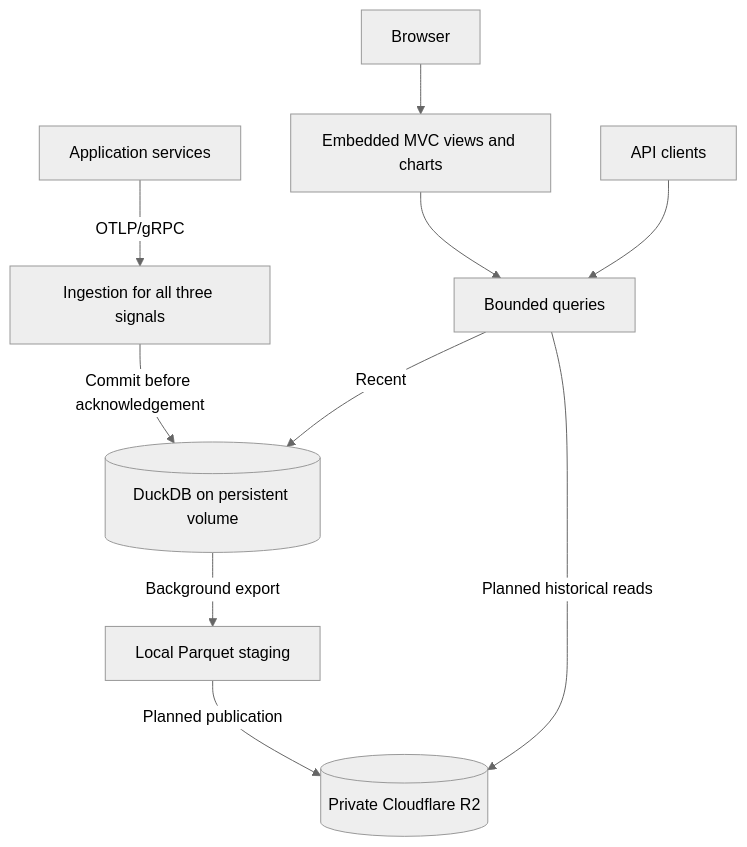
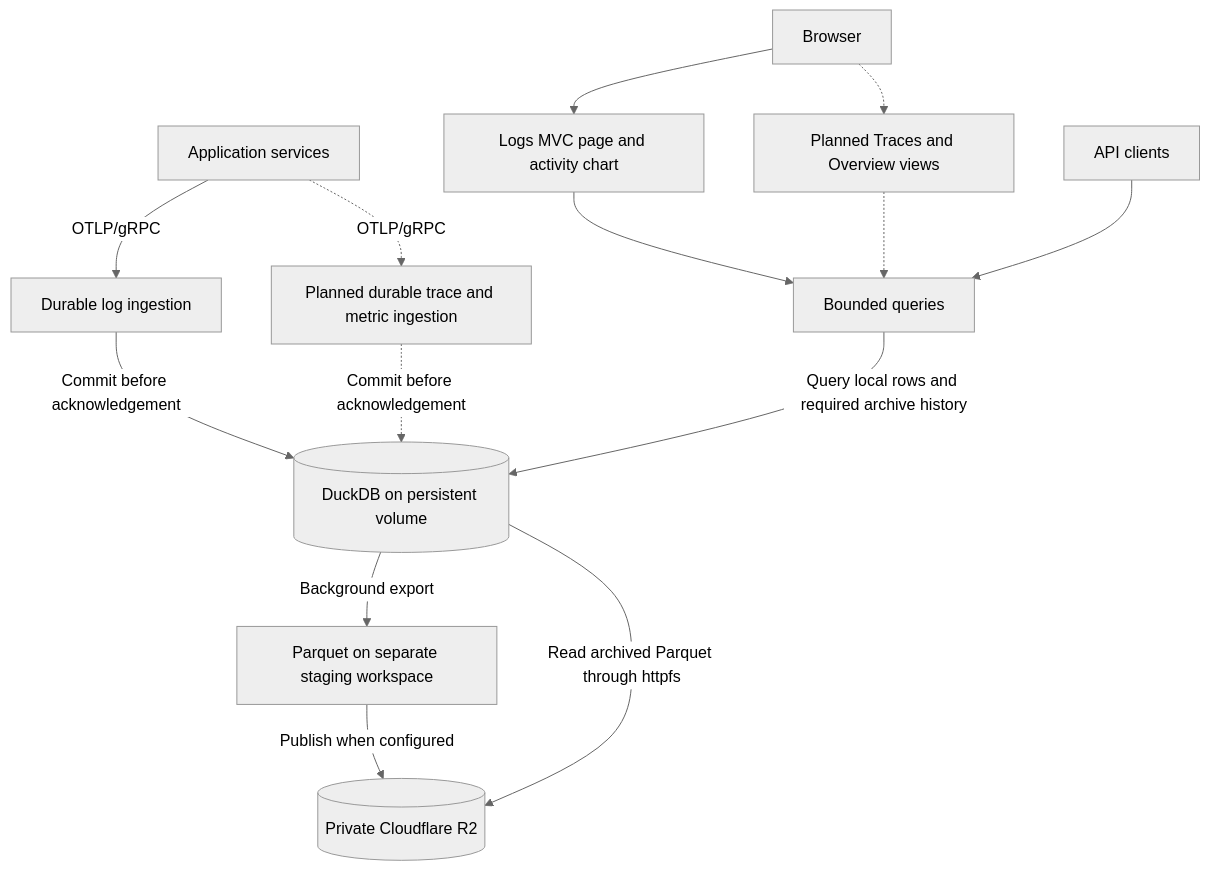
Before and after one commit to alexfalkowski/einblick: the diagram in docs/requirements.md, drawn with Mermaid (neutral theme). The commit also changed other lines of this file and 16 other files, not shown here.

First line of the commit message:
feat(logs): display timestamps in browser time zones (#72)

````diff
--- a/docs/requirements.md
+++ b/docs/requirements.md
@@ -185,14 +186,18 @@
 ```mermaid
 flowchart TD
     accTitle: First-version target architecture
-    accDescr: All three signals commit to local DuckDB. Background export publishes Parquet to R2, and browser and API queries use local or archived data.
-    C[Application services] -->|OTLP/gRPC| I[Ingestion for all three signals]
+    accDescr: Logs already follow the durable DuckDB and R2 path. The target extends that path to metrics and traces and adds built-in browser views for them.
+    C[Application services] -->|OTLP/gRPC| I[Durable log ingestion]
+    C -. OTLP/gRPC .-> P[Planned durable trace and metric ingestion]
     I -->|Commit before acknowledgement| D[(DuckDB on persistent volume)]
-    D -->|Background export| E[Local Parquet staging]
-    E -->|Planned publication| R[(Private Cloudflare R2)]
-    B[Browser] --> M[Embedded MVC views and charts]
+    P -. Commit before acknowledgement .-> D
+    D -->|Background export| E[Parquet on separate staging workspace]
+    E -->|Publish when configured| R[(Private Cloudflare R2)]
+    B[Browser] --> M[Logs MVC page and activity chart]
+    B -.-> V[Planned Traces and Overview views]
     M --> Q[Bounded queries]
+    V -.-> Q
     A[API clients] --> Q
-    Q -->|Recent| D
-    Q -->|Planned historical reads| R
+    Q -->|Query local rows and required archive history| D
+    D -->|Read archived Parquet through httpfs| R
 ```
````
